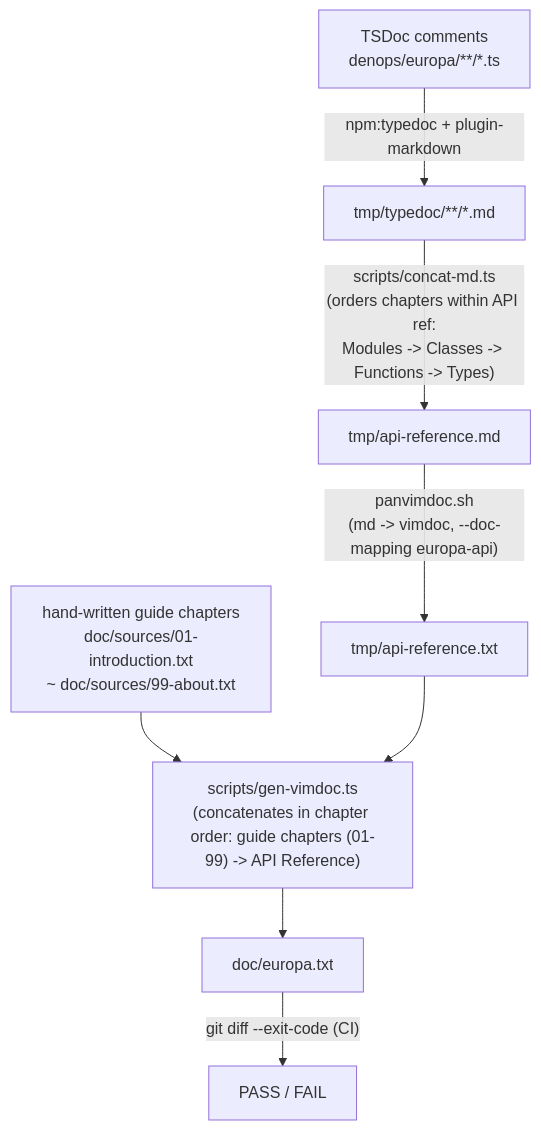
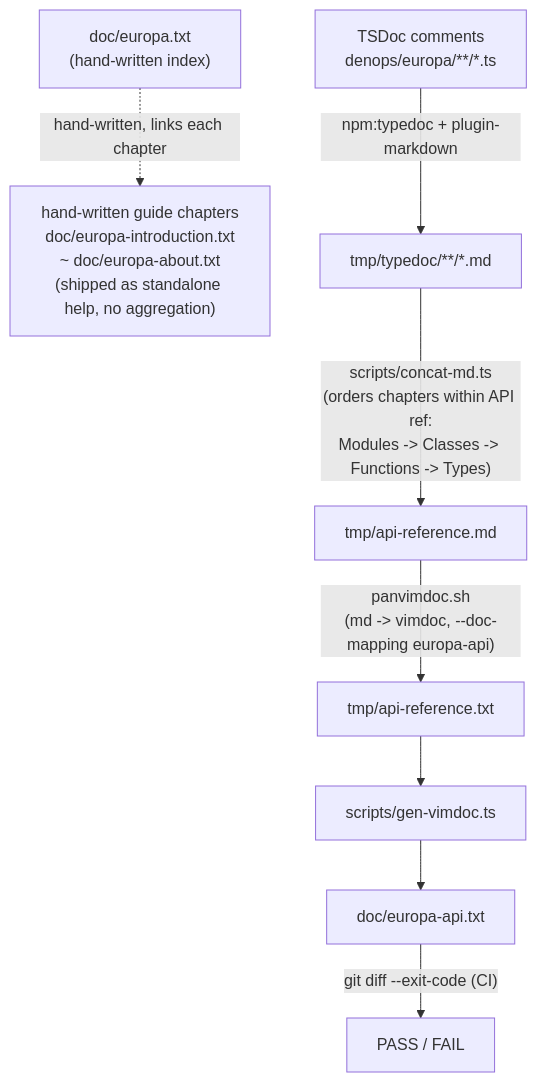
One commit to peacock0803sz/Europa.vim changed the fifth of 13 diagrams in DESIGN.md. Above: the diagram before and after it, drawn with Mermaid. The commit also changed other lines of this file and 6 other files, not shown here.

````diff
--- a/DESIGN.md
+++ b/DESIGN.md
@@ -545,12 +545,13 @@
 ```mermaid
 graph TD
-  G["hand-written guide chapters<br/>doc/sources/01-introduction.txt<br/>~ doc/sources/99-about.txt"]
+  G["hand-written guide chapters<br/>doc/europa-introduction.txt<br/>~ doc/europa-about.txt<br/>(shipped as standalone help, no aggregation)"]
+  Gi["doc/europa.txt<br/>(hand-written index)"]
   T["TSDoc comments<br/>denops/europa/**/*.ts"]
   T -->|"npm:typedoc + plugin-markdown"| Tm["tmp/typedoc/**/*.md"]
   Tm -->|"scripts/concat-md.ts<br/>(orders chapters within API ref:<br/>Modules -> Classes -> Functions -> Types)"| Tc["tmp/api-reference.md"]
   Tc -->|"panvimdoc.sh<br/>(md -> vimdoc, --doc-mapping europa-api)"| Av["tmp/api-reference.txt"]
-  G --> Cb["scripts/gen-vimdoc.ts<br/>(concatenates in chapter order: guide chapters (01-99) -> API Reference)"]
-  Av --> Cb
-  Cb --> E["doc/europa.txt"]
+  Av --> Cb["scripts/gen-vimdoc.ts"]
+  Cb --> E["doc/europa-api.txt"]
+  Gi -.->|"hand-written, links each chapter"| G
   E -->|"git diff --exit-code (CI)"| F["PASS / FAIL"]
 ```
````
